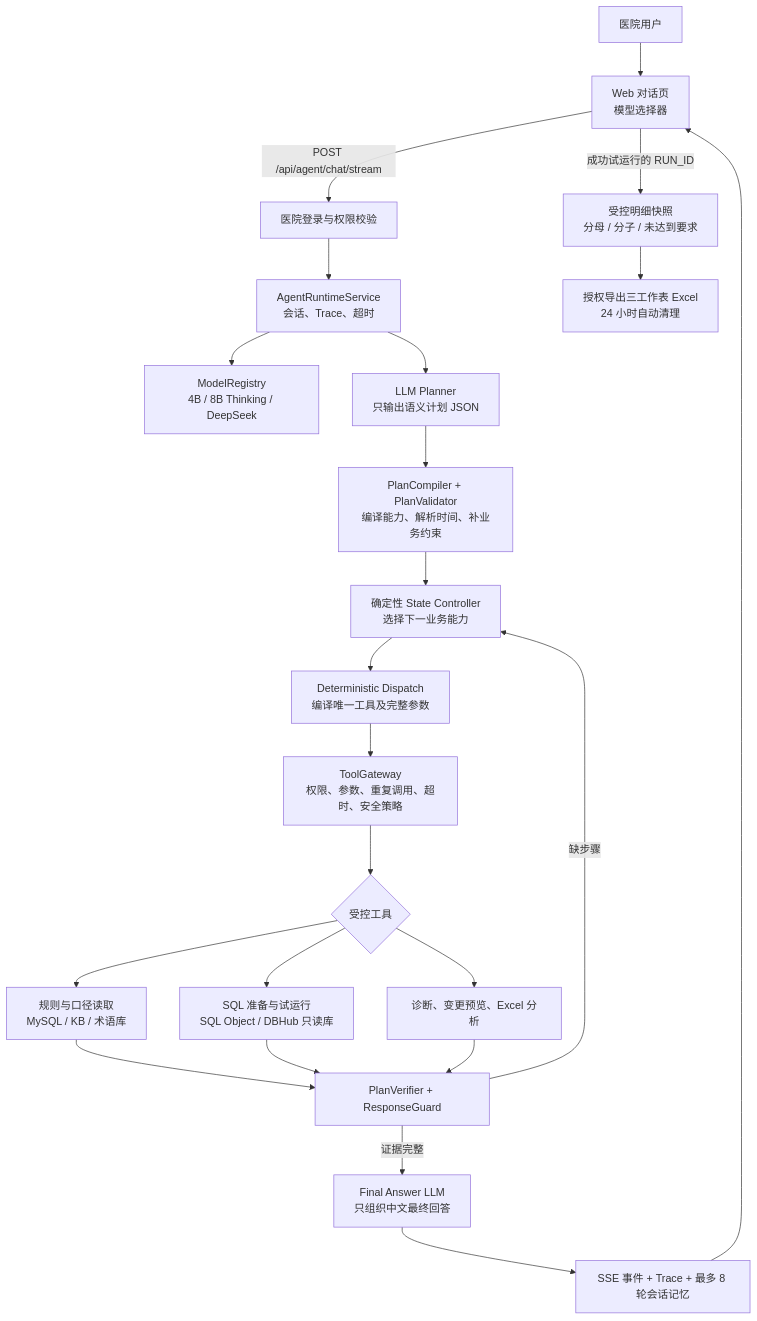
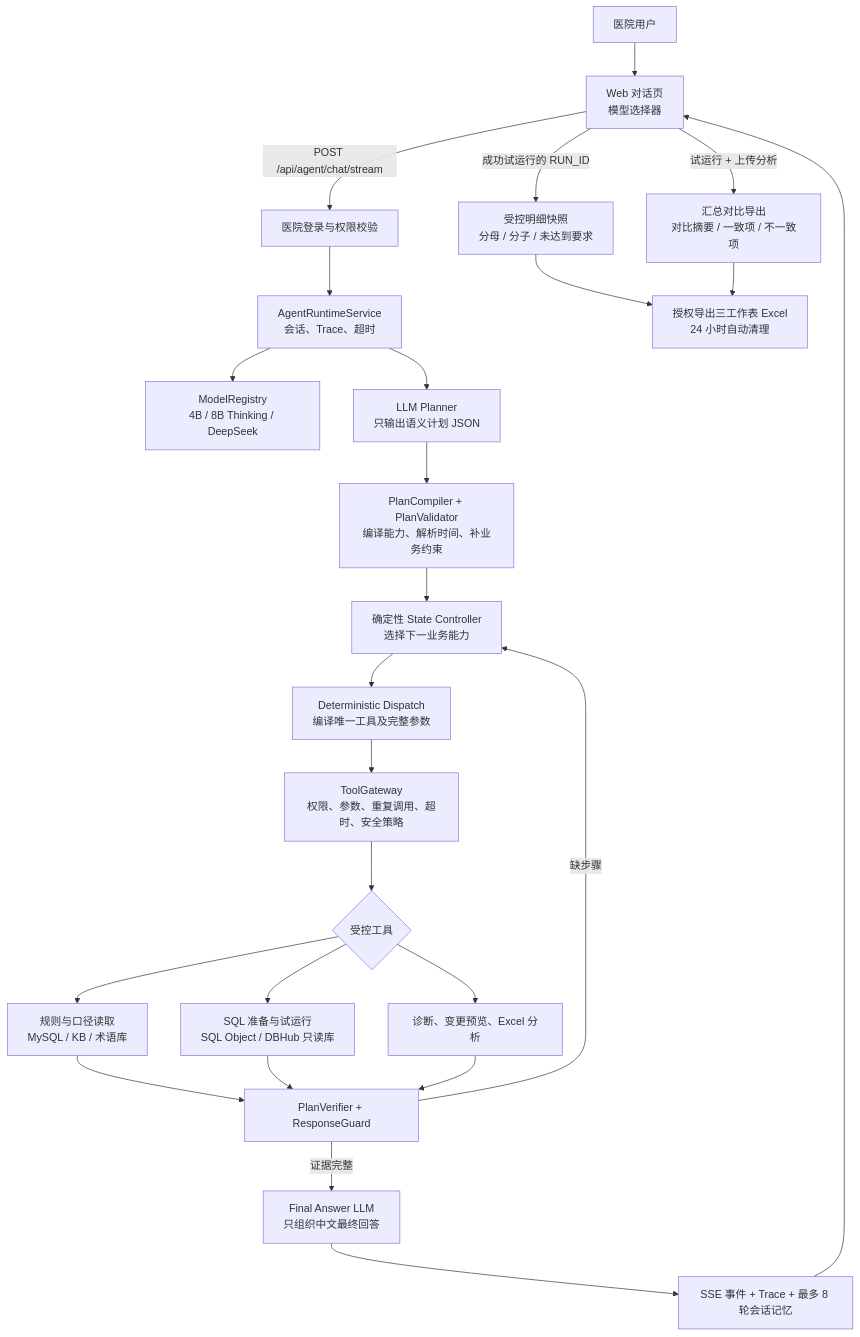
One commit to KK456701/wiki-project changed the diagram in docs/architecture/agent-runtime-current.md. Above: the diagram before and after it, drawn with Mermaid. The commit also changed other lines of this file and 16 other files, not shown here.

````diff
--- a/docs/architecture/agent-runtime-current.md
+++ b/docs/architecture/agent-runtime-current.md
@@ -7,25 +7,27 @@
 ```mermaid
 flowchart TD
     U["医院用户"] --> W["Web 对话页<br/>模型选择器"]
     W -->|"POST /api/agent/chat/stream"| A["医院登录与权限校验"]
     A --> S["AgentRuntimeService<br/>会话、Trace、超时"]
     S --> M["ModelRegistry<br/>4B / 8B Thinking / DeepSeek"]
     S --> P["LLM Planner<br/>只输出语义计划 JSON"]
     P --> C["PlanCompiler + PlanValidator<br/>编译能力、解析时间、补业务约束"]
     C --> SC["确定性 State Controller<br/>选择下一业务能力"]
     SC --> DTC["Deterministic Dispatch<br/>编译唯一工具及完整参数"]
     DTC --> G["ToolGateway<br/>权限、参数、重复调用、超时、安全策略"]
     G --> T{"受控工具"}
     T --> R["规则与口径读取<br/>MySQL / KB / 术语库"]
     T --> Q["SQL 准备与试运行<br/>SQL Object / DBHub 只读库"]
     T --> D["诊断、变更预览、Excel 分析"]
     R --> V["PlanVerifier + ResponseGuard"]
     Q --> V
     D --> V
     V -->|"缺步骤"| SC
     V -->|"证据完整"| F["Final Answer LLM<br/>只组织中文最终回答"]
     F --> X["SSE 事件 + Trace + 最多 8 轮会话记忆"]
     X --> W
     W -->|"成功试运行的 RUN_ID"| E["受控明细快照<br/>分母 / 分子 / 未达到要求"]
     E --> EX["授权导出三工作表 Excel<br/>24 小时自动清理"]
+    W -->|"试运行 + 上传分析"| CE["汇总对比导出<br/>对比摘要 / 一致项 / 不一致项"]
+    CE --> EX
 ```
````
